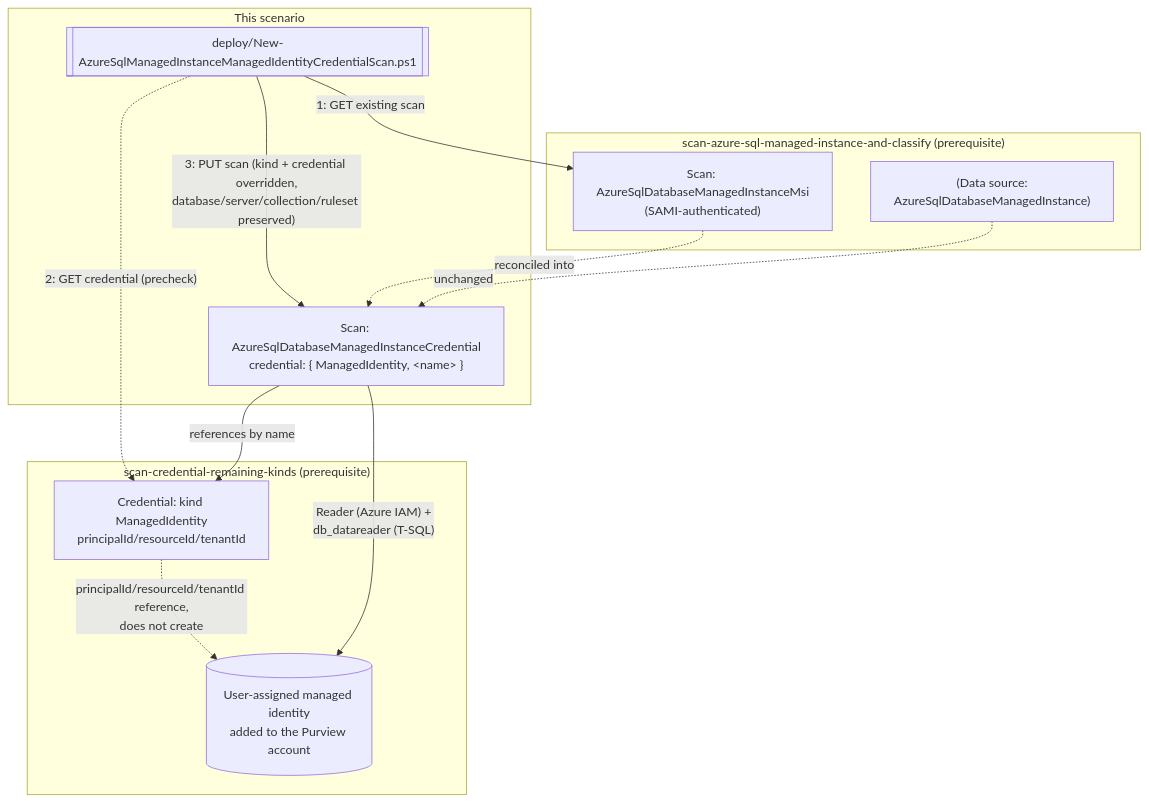
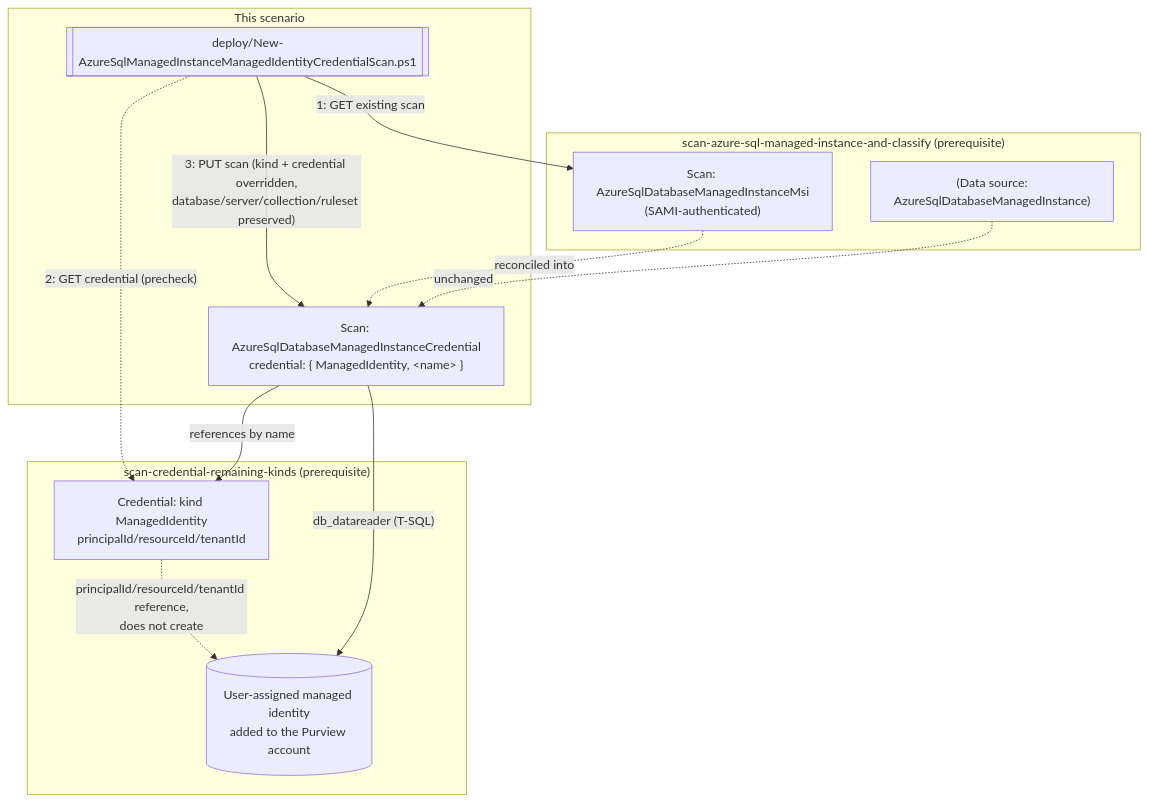
Before and after one commit to kpsec1/kpsec1.github.io: the diagram in src/content/scenarios/data-map/scan-azure-sql-managed-instance-and-classify-managed-identity-credential.design.md, drawn with Mermaid. The commit also changed other lines of this file and 701 other files, not shown here.

````diff
--- a/src/content/scenarios/data-map/scan-azure-sql-managed-instance-and-classify-managed-identity-credential.design.md
+++ b/src/content/scenarios/data-map/scan-azure-sql-managed-instance-and-classify-managed-identity-credential.design.md
@@ -50,27 +52,27 @@
 ```mermaid
 flowchart TD
     subgraph Base["scan-azure-sql-managed-instance-and-classify (prerequisite)"]
         DS["(Data source:<br/>AzureSqlDatabaseManagedInstance)"]
         SAMIScan["Scan: AzureSqlDatabaseManagedInstanceMsi<br/>(SAMI-authenticated)"]
     end
 
     subgraph CredScenario["scan-credential-remaining-kinds (prerequisite)"]
         UAMI[("User-assigned managed identity<br/>added to the Purview account")]
         Cred["Credential: kind ManagedIdentity<br/>principalId/resourceId/tenantId"]
     end
 
     subgraph ThisScenario["This scenario"]
         Deployer[["deploy/New-AzureSqlManagedInstanceManagedIdentityCredentialScan.ps1"]]
         CredScan["Scan: AzureSqlDatabaseManagedInstanceCredential<br/>credential: { ManagedIdentity, &lt;name&gt; }"]
     end
 
     Deployer -- "1: GET existing scan" --> SAMIScan
     Deployer -. "2: GET credential (precheck)" .-> Cred
     Deployer -- "3: PUT scan (kind + credential overridden,<br/>database/server/collection/ruleset preserved)" --> CredScan
     SAMIScan -.->|reconciled into| CredScan
     CredScan -- "references by name" --> Cred
     Cred -. "principalId/resourceId/tenantId reference,<br/>does not create" .-> UAMI
-    CredScan -- "Reader (Azure IAM) +<br/>db_datareader (T-SQL)" --> UAMI
+    CredScan -- "db_datareader (T-SQL)" --> UAMI
 
     DS -.->|unchanged| CredScan
 ```
````
